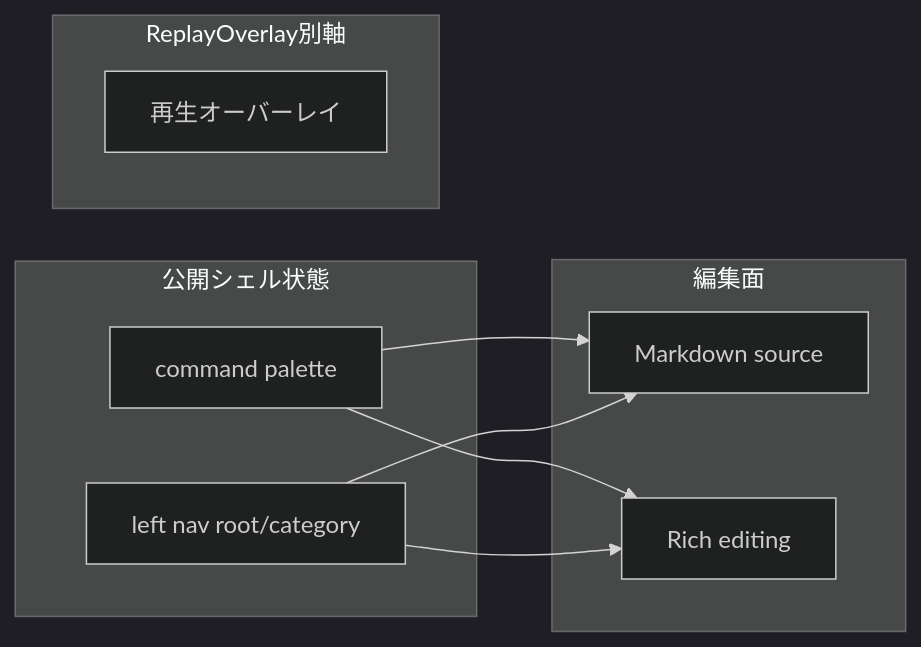
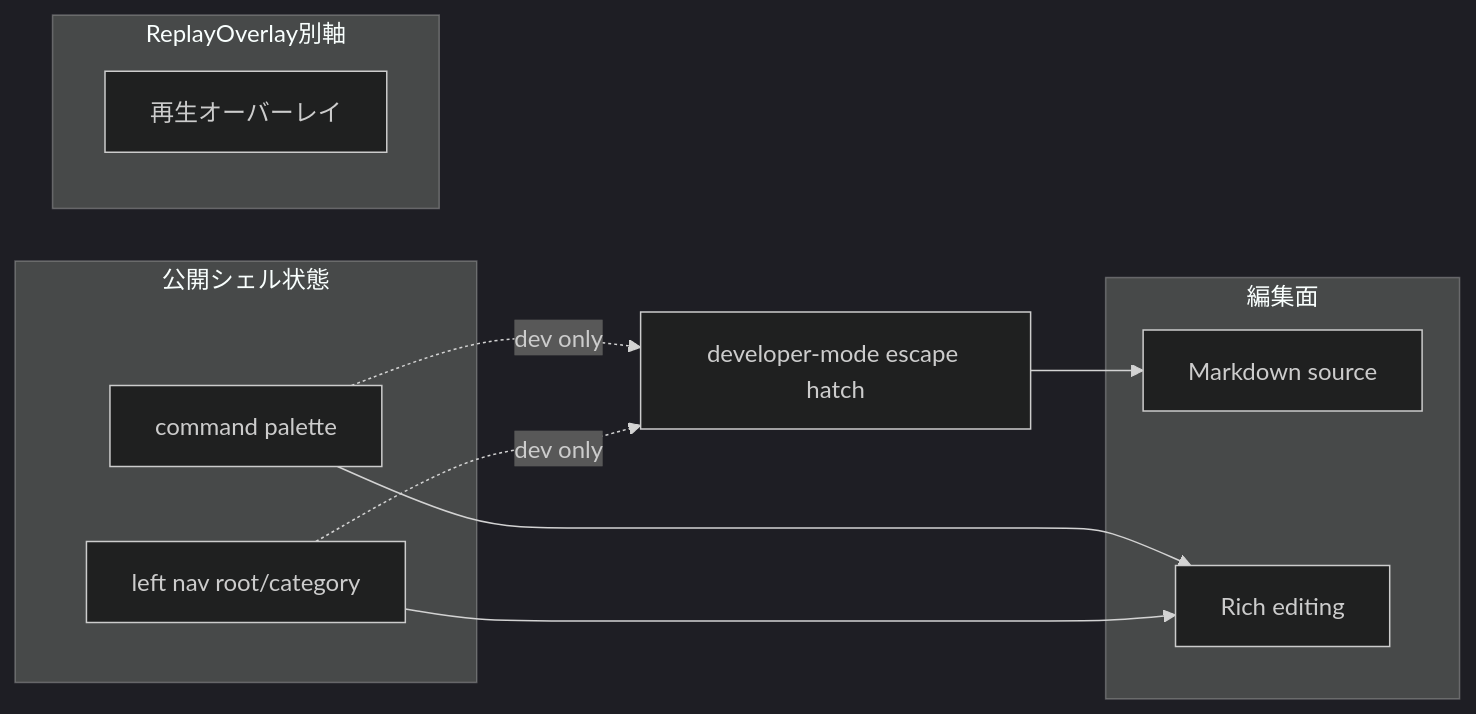
One commit to YuShimoji/WritingPage changed the diagram in docs/INTERACTION_NOTES.md. Above: the diagram before and after it, drawn with Mermaid (dark theme). The commit also changed other lines of this file and 6 other files, not shown here.

````diff
--- a/docs/INTERACTION_NOTES.md
+++ b/docs/INTERACTION_NOTES.md
@@ -135,18 +135,20 @@
 ```mermaid
 flowchart LR
   subgraph shell [公開シェル状態]
     Palette[command palette]
     LeftNav[left nav root/category]
   end
   subgraph overlay [ReplayOverlay別軸]
     Replay[再生オーバーレイ]
   end
   subgraph editSurface [編集面]
     Md[Markdown source]
     Wys[Rich editing]
   end
-  Palette --> Md
   Palette --> Wys
-  LeftNav --> Md
   LeftNav --> Wys
+  DevGate[developer-mode escape hatch]
+  Palette -. dev only .-> DevGate
+  LeftNav -. dev only .-> DevGate
+  DevGate --> Md
 ```
````
